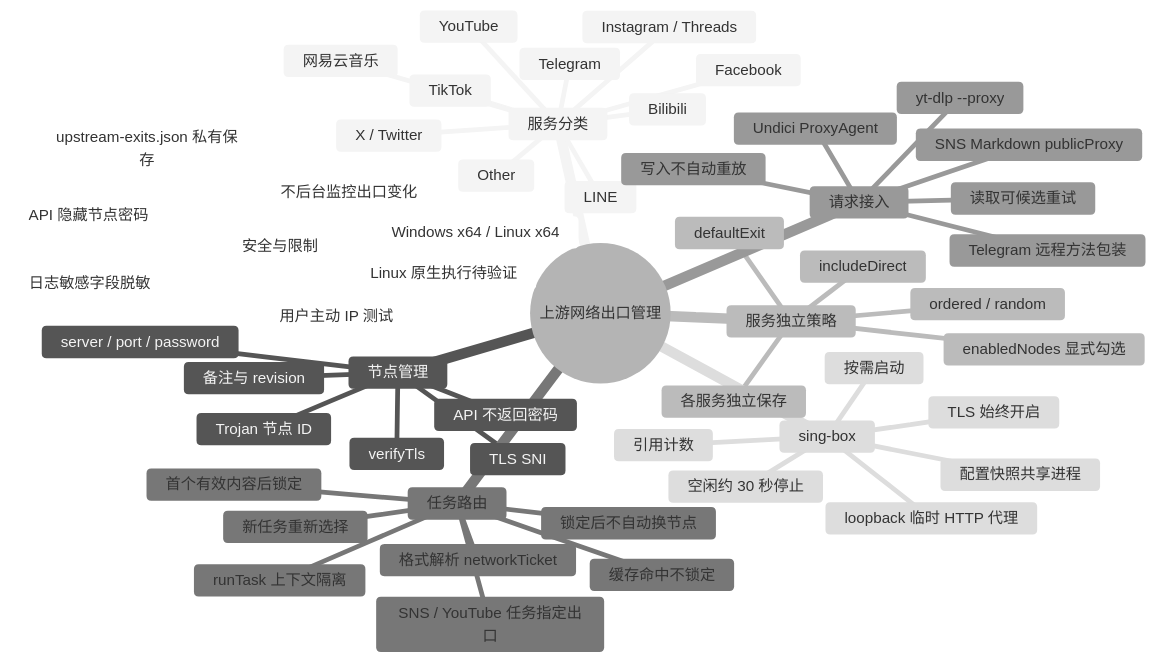
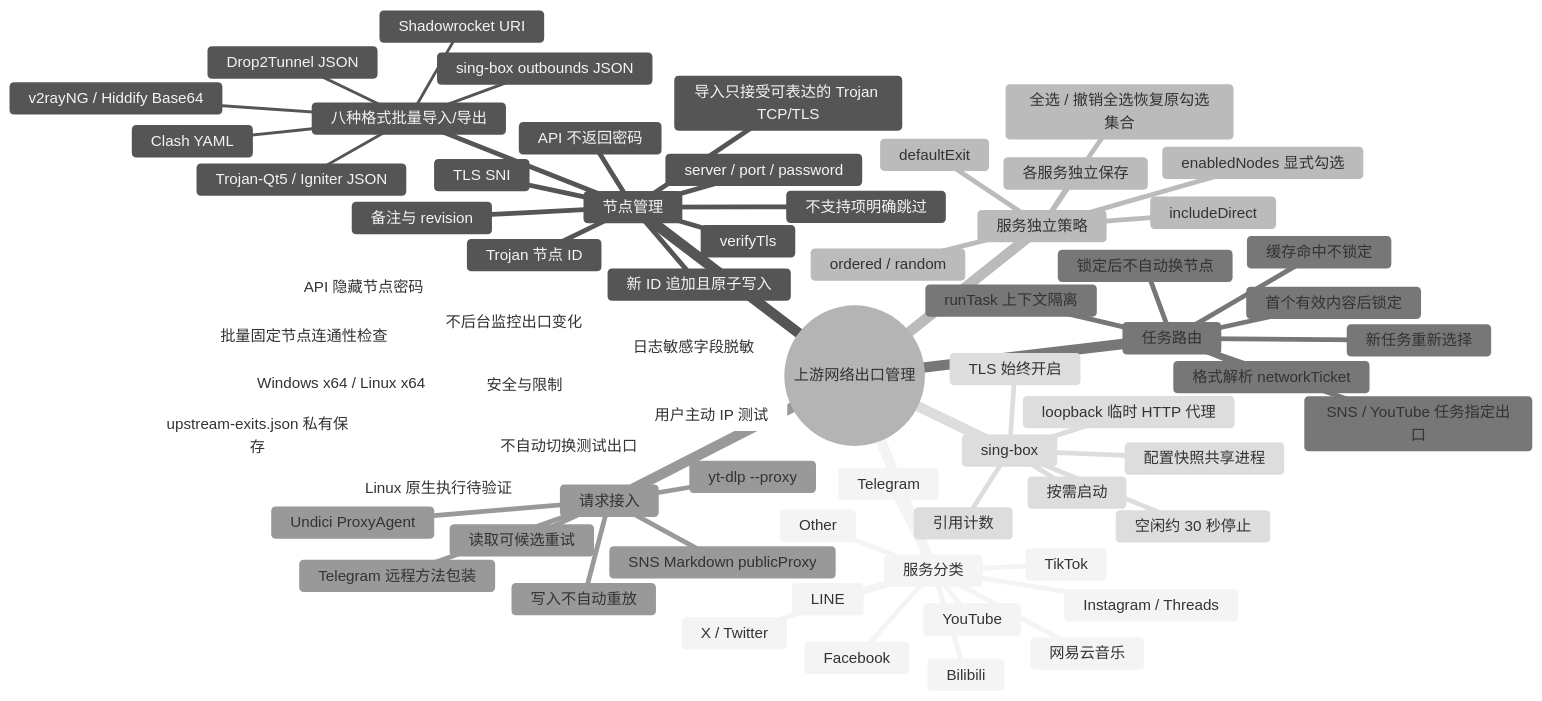
One commit to Ltre/file-tunnel changed the diagram in docs/overview/feature-mindmaps/15-upstream-exits.md. Above: the diagram before and after it, drawn with Mermaid (neutral theme). The commit also changed other lines of this file and 4 other files, not shown here.

Commit message:
docs: refresh feature mindmaps for Nov 20-21 changes

````diff
--- a/docs/overview/feature-mindmaps/15-upstream-exits.md
+++ b/docs/overview/feature-mindmaps/15-upstream-exits.md
@@ -9,58 +9,71 @@
 ```mermaid
 mindmap
   root((上游网络出口管理))
     服务分类
       Telegram
       YouTube
       X / Twitter
       Facebook
       LINE
       Instagram / Threads
       TikTok
       Bilibili
       网易云音乐
       Other
     节点管理
       Trojan 节点 ID
       server / port / password
       TLS SNI
       verifyTls
       备注与 revision
+      八种格式批量导入/导出
+        Drop2Tunnel JSON
+        Clash YAML
+        Shadowrocket URI
+        sing-box outbounds JSON
+        v2rayNG / Hiddify Base64
+        Trojan-Qt5 / Igniter JSON
+      导入只接受可表达的 Trojan TCP/TLS
+      不支持项明确跳过
+      新 ID 追加且原子写入
       API 不返回密码
     服务独立策略
       defaultExit
       enabledNodes 显式勾选
       ordered / random
       includeDirect
       各服务独立保存
+      全选 / 撤销全选恢复原勾选集合
     任务路由
       SNS / YouTube 任务指定出口
       格式解析 networkTicket
       runTask 上下文隔离
       首个有效内容后锁定
       缓存命中不锁定
       锁定后不自动换节点
       新任务重新选择
     请求接入
       Undici ProxyAgent
       yt-dlp --proxy
       Telegram 远程方法包装
       SNS Markdown publicProxy
       读取可候选重试
       写入不自动重放
     sing-box
       按需启动
       loopback 临时 HTTP 代理
       配置快照共享进程
       引用计数
       空闲约 30 秒停止
       TLS 始终开启
     安全与限制
       upstream-exits.json 私有保存
       API 隐藏节点密码
       日志敏感字段脱敏
       用户主动 IP 测试
+      批量固定节点连通性检查
+      不自动切换测试出口
       不后台监控出口变化
       Windows x64 / Linux x64
       Linux 原生执行待验证
 ```
````
